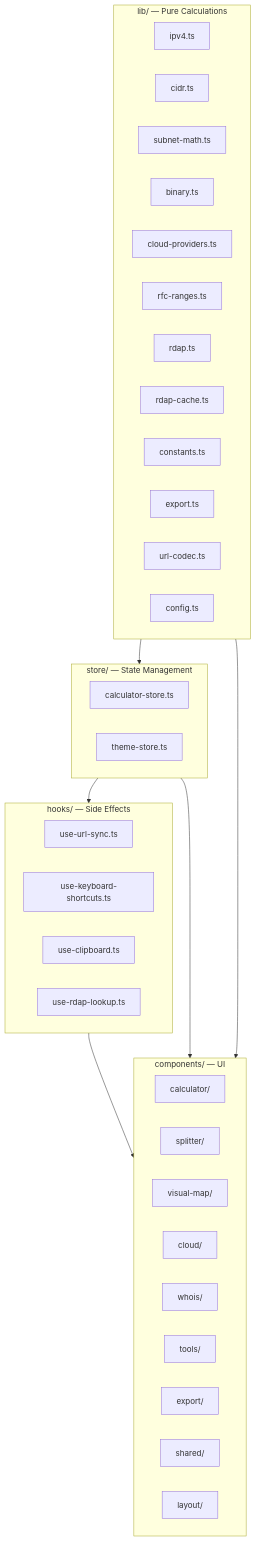
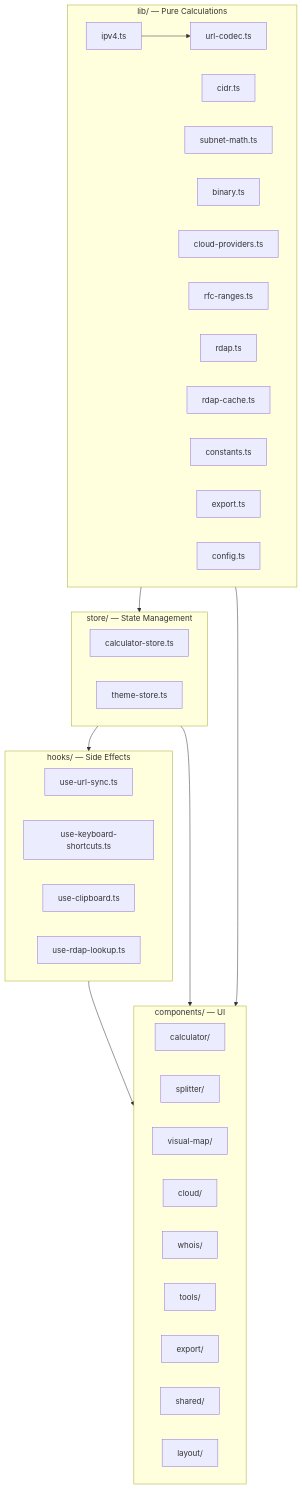
One commit to russmckendrick/subnet changed the first of 4 diagrams in docs/architecture.md. Above: the diagram before and after it, drawn with Mermaid. The commit also changed other lines of this file and 20 other files, not shown here.

````diff
--- a/docs/architecture.md
+++ b/docs/architecture.md
@@ -7,47 +7,49 @@
 ```mermaid
 flowchart TD
     subgraph lib["lib/ — Pure Calculations"]
         ipv4["ipv4.ts"]
         cidr["cidr.ts"]
         subnetmath["subnet-math.ts"]
         binary["binary.ts"]
         cloud["cloud-providers.ts"]
         rfc["rfc-ranges.ts"]
         rdap["rdap.ts"]
         rdapcache["rdap-cache.ts"]
         constants["constants.ts"]
         exportmod["export.ts"]
         urlcodec["url-codec.ts"]
         configmod["config.ts"]
     end
 
     subgraph store["store/ — State Management"]
         calcstore["calculator-store.ts"]
         themestore["theme-store.ts"]
     end
 
     subgraph hooks["hooks/ — Side Effects"]
         urlsync["use-url-sync.ts"]
         keyboard["use-keyboard-shortcuts.ts"]
         clipboard["use-clipboard.ts"]
         rdaplookup["use-rdap-lookup.ts"]
     end
 
     subgraph components["components/ — UI"]
         calculator["calculator/"]
         splitter["splitter/"]
         visualmap["visual-map/"]
         cloudcomp["cloud/"]
         whois["whois/"]
         tools["tools/"]
         exportcomp["export/"]
         shared["shared/"]
         layout["layout/"]
     end
 
+    ipv4 --> urlcodec
+
     lib --> store
     store --> hooks
     hooks --> components
     lib --> components
     store --> components
 ```
````
